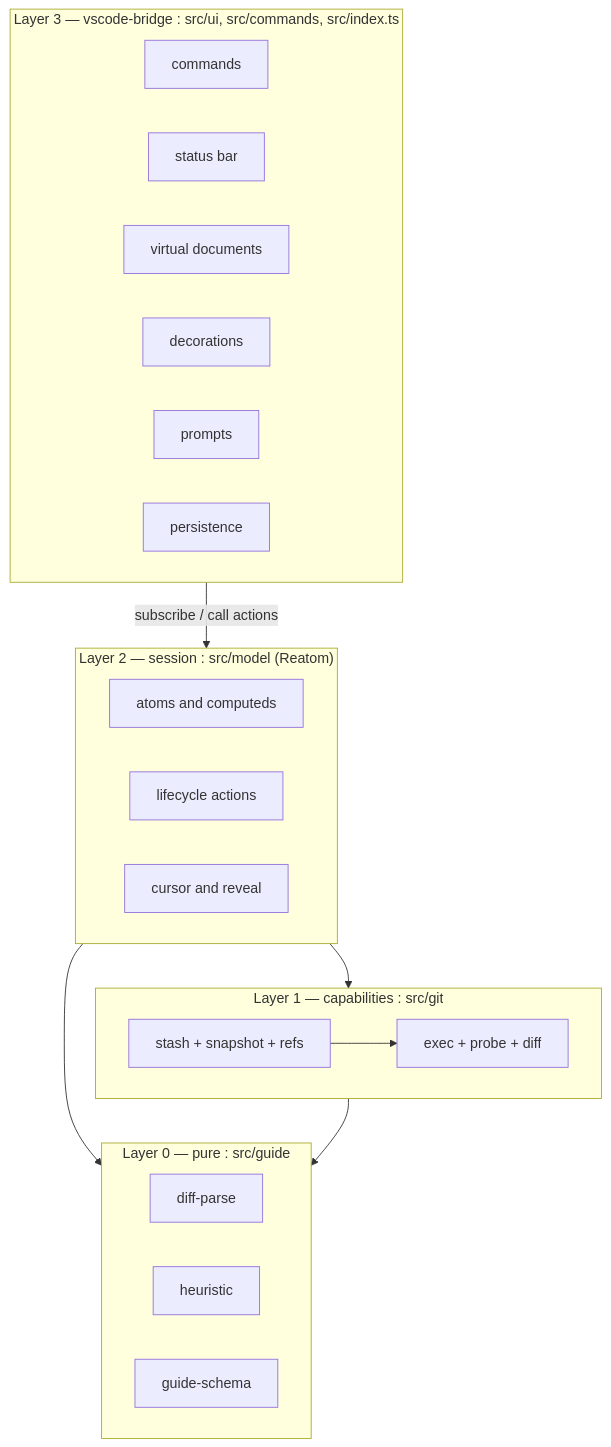
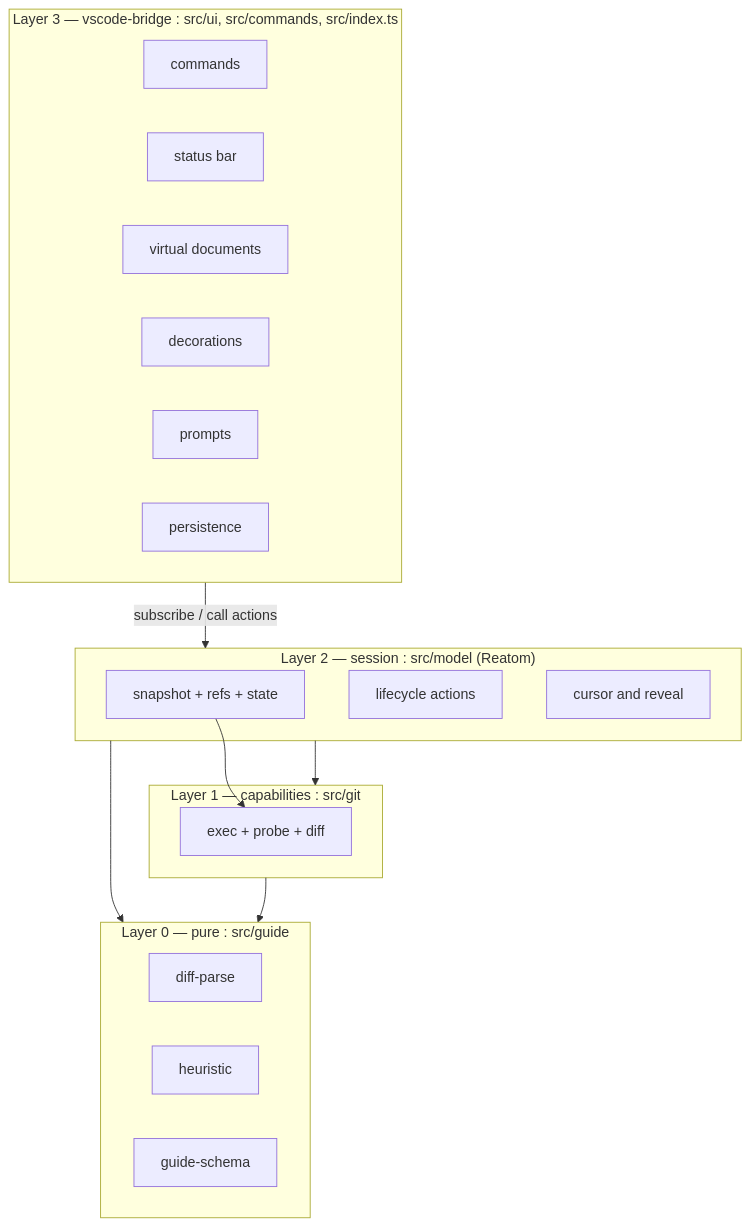
The first of 2 diagrams in work-docs/architecture/overview.md (artalar/review-guider), drawn with Mermaid before and after one commit. The commit also changed other lines of this file and 70 other files, not shown here.

````diff
--- a/work-docs/architecture/overview.md
+++ b/work-docs/architecture/overview.md
@@ -28,34 +28,34 @@
 ```mermaid
 flowchart TD
   subgraph L3["Layer 3 — vscode-bridge : src/ui, src/commands, src/index.ts"]
     CMD[commands]
     SB[status bar]
     DOC[virtual documents]
     DEC[decorations]
     PROMPT[prompts]
     PERS[persistence]
   end
 
   subgraph L2["Layer 2 — session : src/model (Reatom)"]
     STATE[atoms and computeds]
     LIFE[lifecycle actions]
     STEPS[cursor and reveal]
   end
 
   subgraph L1["Layer 1 — capabilities : src/git"]
     EXEC[exec + probe + diff]
-    STASH[stash + snapshot + refs]
+    STATE[snapshot + refs + state]
   end
 
   subgraph L0["Layer 0 — pure : src/guide"]
     PARSE[diff-parse]
     HEUR[heuristic]
     SCHEMA[guide-schema]
   end
 
   L3 -->|"subscribe / call actions"| L2
   L2 --> L1
   L2 --> L0
   L1 --> L0
-  STASH --> EXEC
+  STATE --> EXEC
 ```
````
